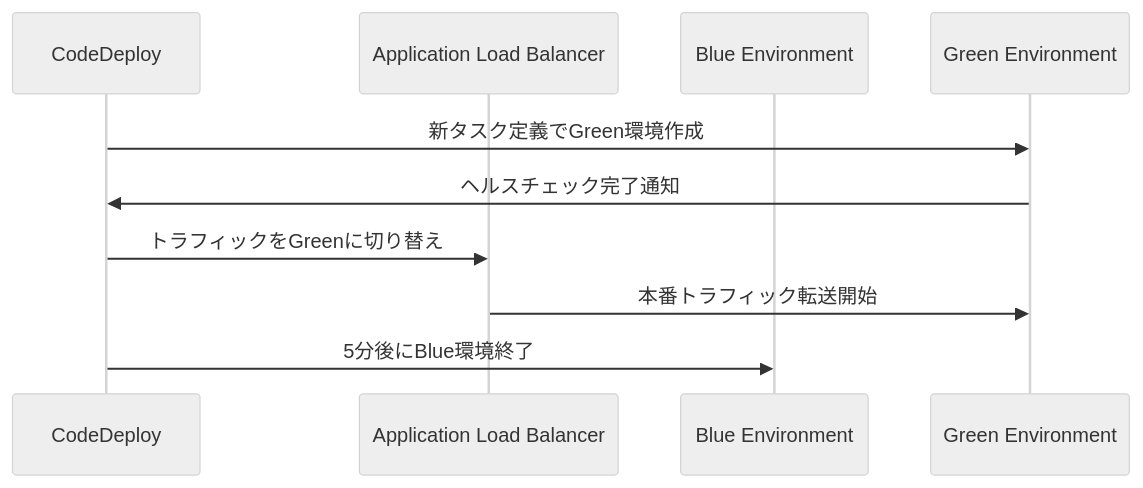
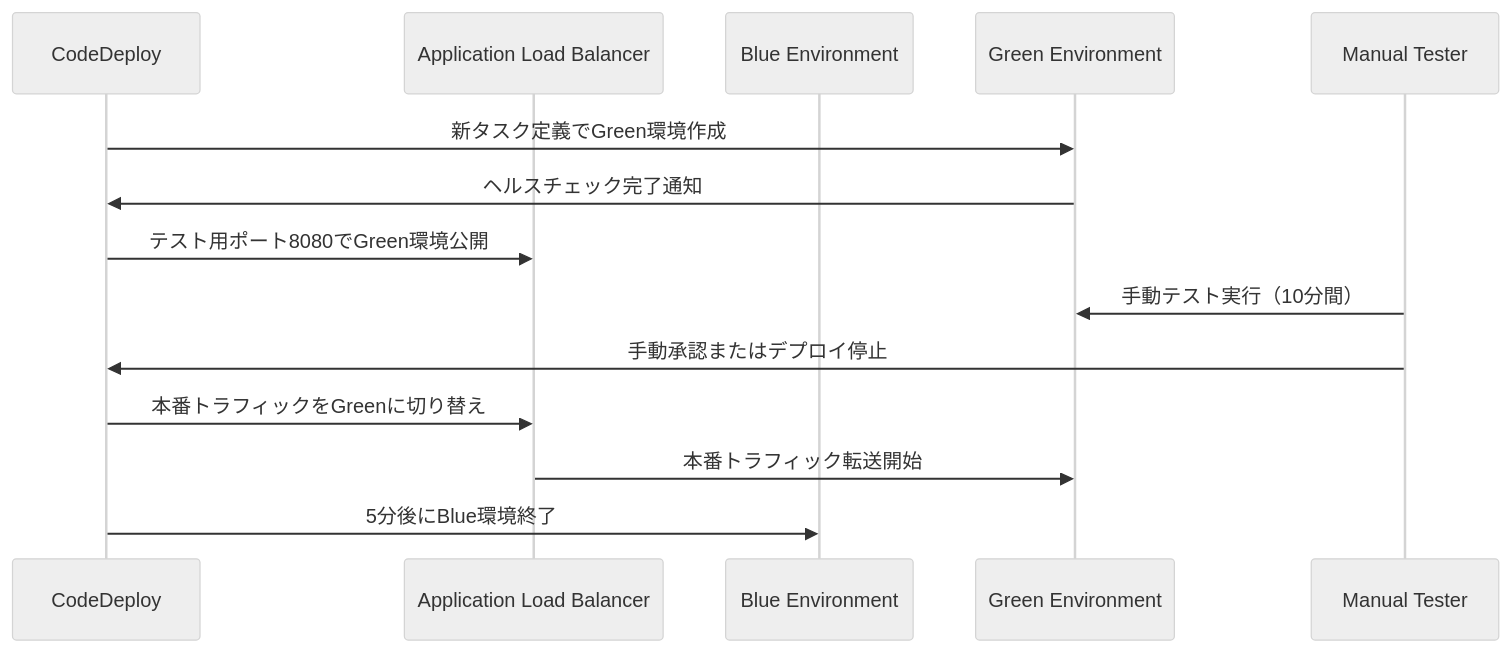
One commit to takyafumin/sample-aws-ecs-blue-green-deploy changed the diagram in docs/codedeploy-guide.md. Above: the diagram before and after it, drawn with Mermaid (neutral theme). The commit also changed other lines of this file and 1 other file, not shown here.

````diff
--- a/docs/codedeploy-guide.md
+++ b/docs/codedeploy-guide.md
@@ -25,13 +25,17 @@
 ```mermaid
 sequenceDiagram
     participant CD as CodeDeploy
     participant ALB as Application Load Balancer
     participant Blue as Blue Environment
     participant Green as Green Environment
+    participant Tester as Manual Tester
     
     CD->>Green: 新タスク定義でGreen環境作成
     Green->>CD: ヘルスチェック完了通知
-    CD->>ALB: トラフィックをGreenに切り替え
+    CD->>ALB: テスト用ポート8080でGreen環境公開
+    Tester->>Green: 手動テスト実行（10分間）
+    Tester->>CD: 手動承認またはデプロイ停止
+    CD->>ALB: 本番トラフィックをGreenに切り替え
     ALB->>Green: 本番トラフィック転送開始
     CD->>Blue: 5分後にBlue環境終了
 ```
````
